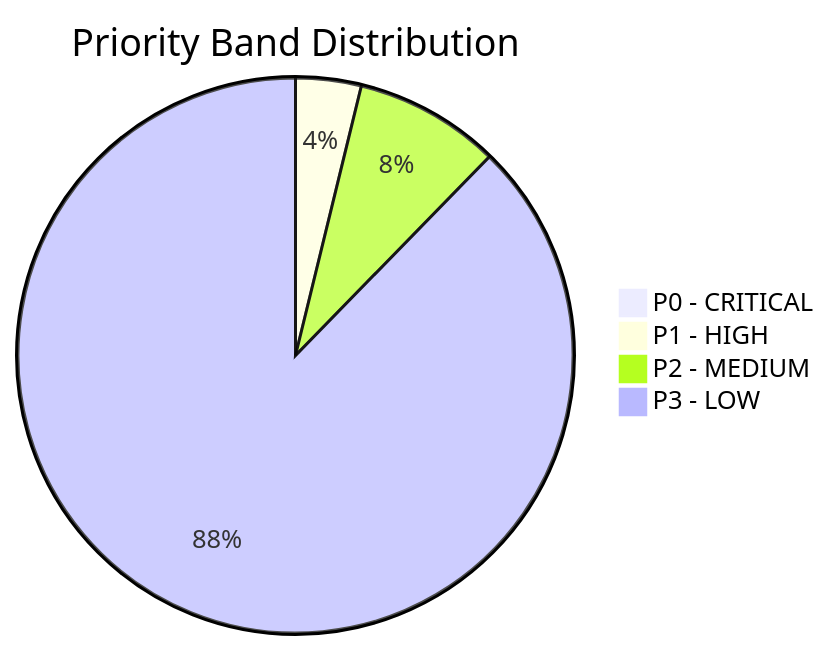
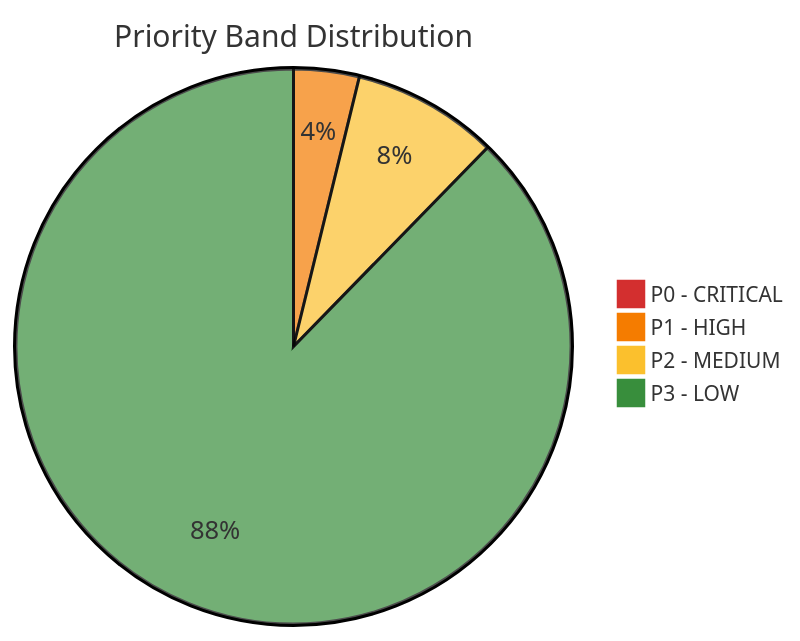
One commit to vkhere/CloudGuardian changed the first of 2 diagrams in 2.Week2/README.md. Above: the diagram before and after it, drawn with Mermaid. The commit also changed other lines of this file, not shown here.

Commit message:
docs(week2): add high contrast themes to mermaid pie charts

````diff
--- a/2.Week2/README.md
+++ b/2.Week2/README.md
@@ -141,7 +141,8 @@
 ```mermaid
+%%{init: {"theme": "base", "themeVariables": { "pie1": "#D32F2F", "pie2": "#F57C00", "pie3": "#FBC02D", "pie4": "#388E3C", "pieTitleTextSize": "20px", "pieLegendTextSize": "14px" } } }%%
 pie title Priority Band Distribution
     "P0 - CRITICAL" : 2
     "P1 - HIGH" : 58
     "P2 - MEDIUM" : 129
     "P3 - LOW" : 1333
 ```
````
